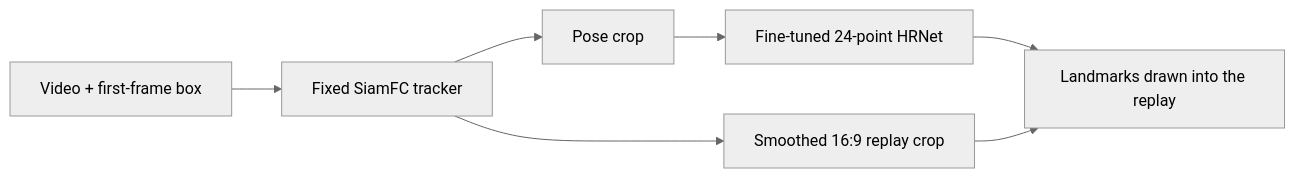
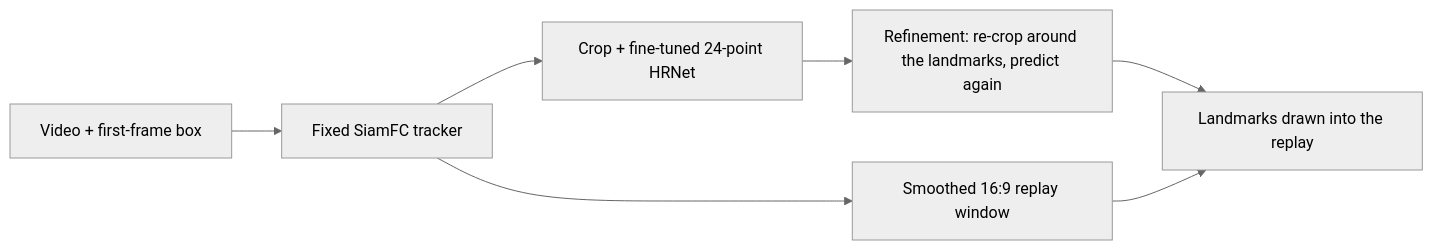
The diagram in README.md (RichardZRC/skier_project), drawn with Mermaid (neutral theme) before and after one commit. The commit also changed other lines of this file and 8 other files, not shown here.

First line of the commit message:
Final report skeleton, qualitative val figure script, README reproduction commands

````diff
--- a/README.md
+++ b/README.md
@@ -12,8 +13,9 @@
 ```mermaid
 flowchart LR
     A["Video + first-frame box"] --> B["Fixed SiamFC tracker"]
-    B --> C["Pose crop"] --> D["Fine-tuned 24-point HRNet"]
-    B --> E["Smoothed 16:9 replay crop"]
-    D --> F["Landmarks drawn into the replay"]
+    B --> C["Crop + fine-tuned 24-point HRNet"]
+    C --> R["Refinement: re-crop around the landmarks, predict again"]
+    B --> E["Smoothed 16:9 replay window"]
+    R --> F["Landmarks drawn into the replay"]
     E --> F
 ```
````
